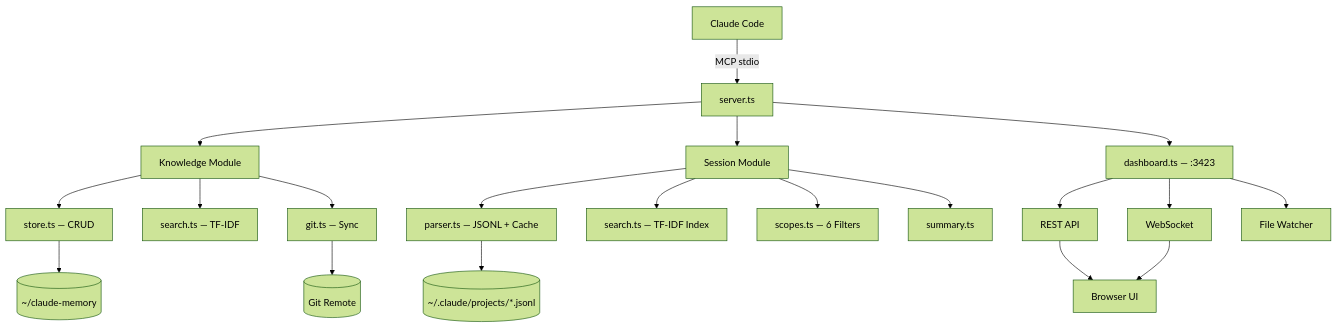
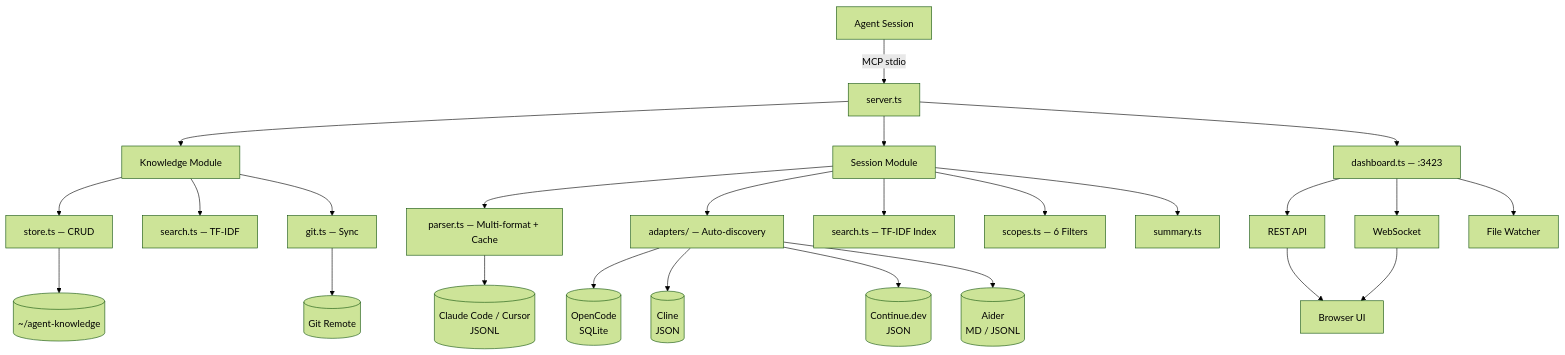
Before and after one commit to keshrath/agent-cortex: the first of 3 diagrams in docs/ARCHITECTURE.md, drawn with Mermaid (forest theme). The commit also changed other lines of this file and 25 other files, not shown here.

First line of the commit message:
v1.1.0: generic multi-tool session support, remove Claude Code coupling

````diff
--- a/docs/ARCHITECTURE.md
+++ b/docs/ARCHITECTURE.md
@@ -5,27 +5,32 @@
 ```mermaid
 graph TB
-    Claude[Claude Code] -->|MCP stdio| Server[server.ts]
+    Agent[Agent Session] -->|MCP stdio| Server[server.ts]
     Server --> Knowledge[Knowledge Module]
     Server --> Session[Session Module]
 
     Knowledge --> Store[store.ts — CRUD]
     Knowledge --> KSearch[search.ts — TF-IDF]
     Knowledge --> Git[git.ts — Sync]
 
-    Store --> Vault[(~/claude-memory)]
+    Store --> Vault[(~/agent-knowledge)]
     Git --> Remote[(Git Remote)]
 
-    Session --> Parser[parser.ts — JSONL + Cache]
+    Session --> Parser[parser.ts — Multi-format + Cache]
+    Session --> Adapters[adapters/ — Auto-discovery]
     Session --> SSearch[search.ts — TF-IDF Index]
     Session --> Scopes[scopes.ts — 6 Filters]
     Session --> Summary[summary.ts]
 
-    Parser --> Transcripts[(~/.claude/projects/*.jsonl)]
+    Parser --> Transcripts[(Claude Code / Cursor<br/>JSONL)]
+    Adapters --> OpenCode[(OpenCode<br/>SQLite)]
+    Adapters --> Cline[(Cline<br/>JSON)]
+    Adapters --> ContinueDev[(Continue.dev<br/>JSON)]
+    Adapters --> Aider[(Aider<br/>MD / JSONL)]
 
     Server --> Dashboard[dashboard.ts — :3423]
     Dashboard --> HTTP[REST API]
     Dashboard --> WS[WebSocket]
     Dashboard --> Watcher[File Watcher]
     HTTP --> Browser[Browser UI]
     WS --> Browser
 ```
````
